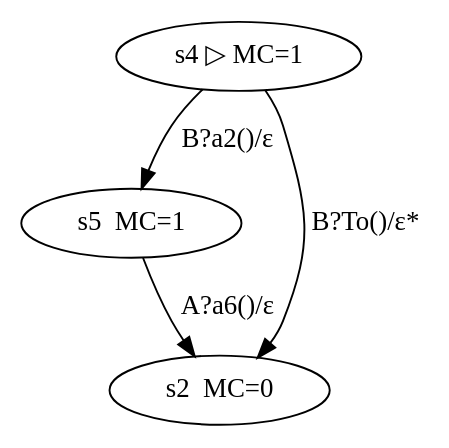
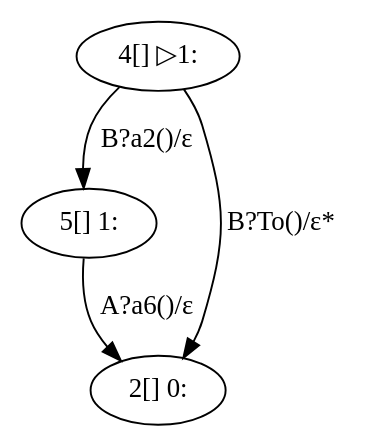
One commit to LauraVoinea/scribble-java changed the diagram in generated/Timeout/C.dot. Above: the diagram before and after it, drawn with Graphviz. The commit also changed 36 other files, not shown here.

```diff
--- a/generated/Timeout/C.dot
+++ b/generated/Timeout/C.dot
@@ -1,9 +1,9 @@
 digraph G {
 compound = true;
-"4" [ label="s4 ▷ MC=1" ];
-"5" [ label="s5  MC=1" ];
-"2" [ label="s2  MC=0" ];
+"4" [ label="4[] ▷1:" ];
+"5" [ label="5[] 1:" ];
+"2" [ label="2[] 0:" ];
 "4" -> "2" [ label="B?To()/ε*" ];
 "4" -> "5" [ label="B?a2()/ε" ];
 "5" -> "2" [ label="A?a6()/ε" ];
 }
```
